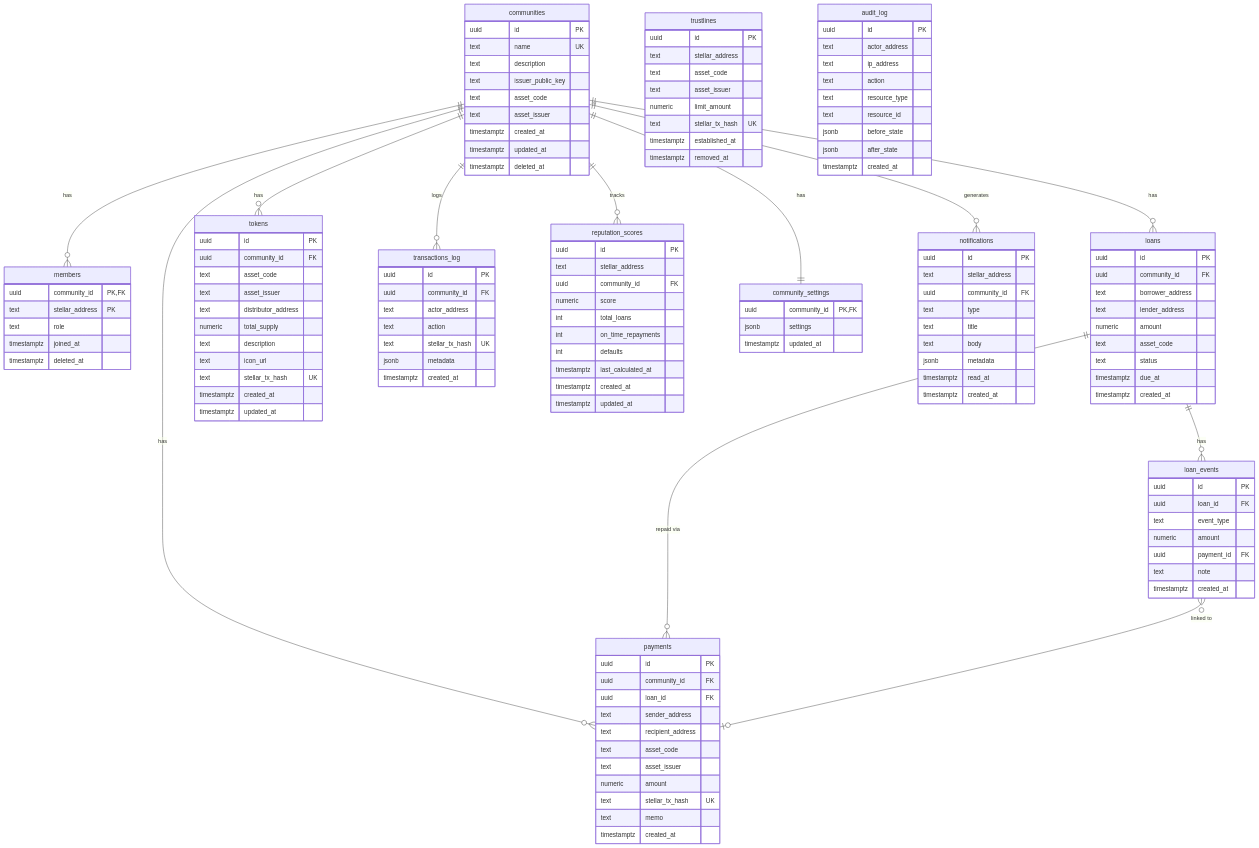
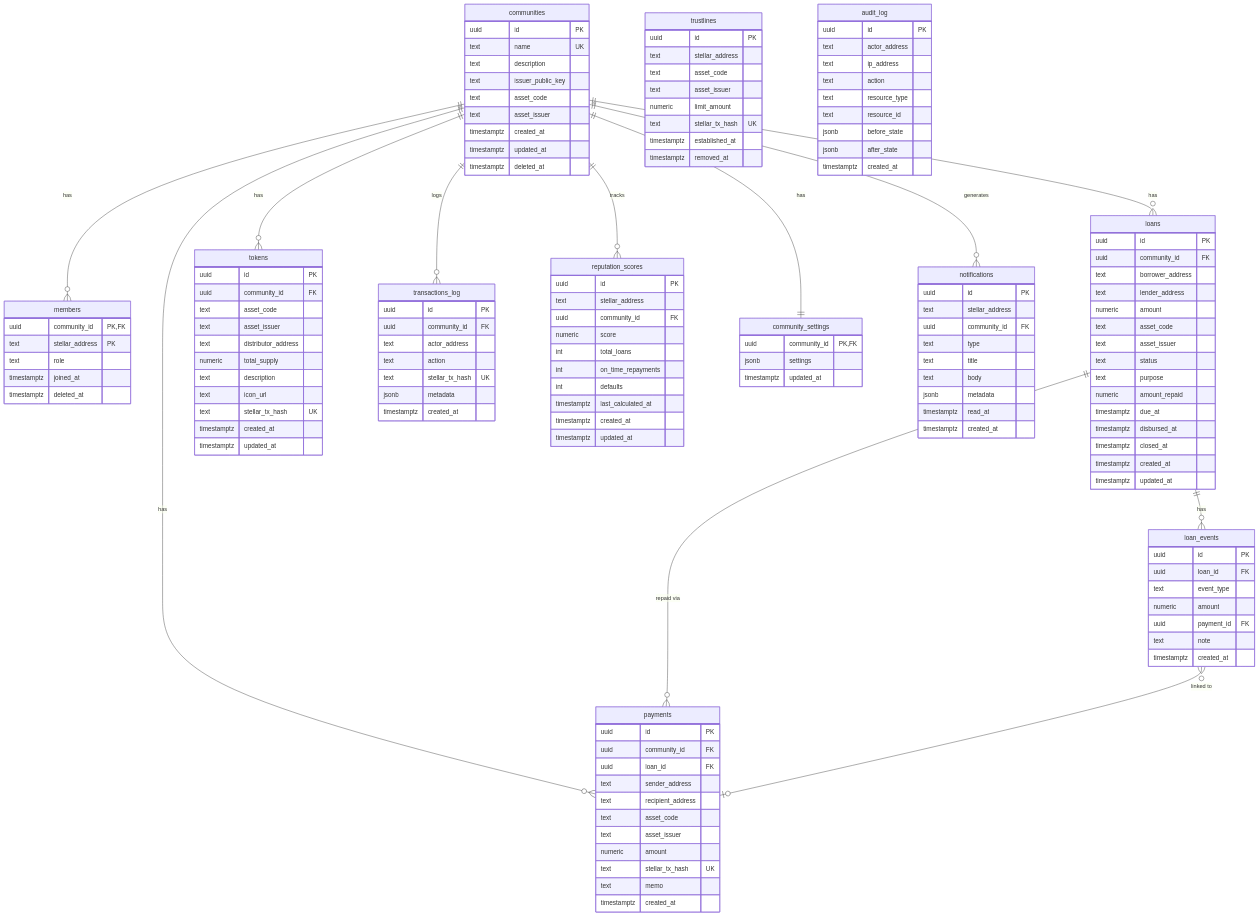
One commit to BigNathan1/CoopLumen changed the diagram in docs/database.md. Above: the diagram before and after it, drawn with Mermaid. The commit also changed other lines of this file and 1 other file, not shown here.

First line of the commit message:
docs(db): sync loans schema reference with migration 015 (#102)

```diff
--- a/docs/database.md
+++ b/docs/database.md
@@ -35,9 +35,15 @@
     text lender_address
     numeric amount
     text asset_code
+    text asset_issuer
     text status
+    text purpose
+    numeric amount_repaid
     timestamptz due_at
+    timestamptz disbursed_at
+    timestamptz closed_at
     timestamptz created_at
+    timestamptz updated_at
   }
 
   payments {
```
